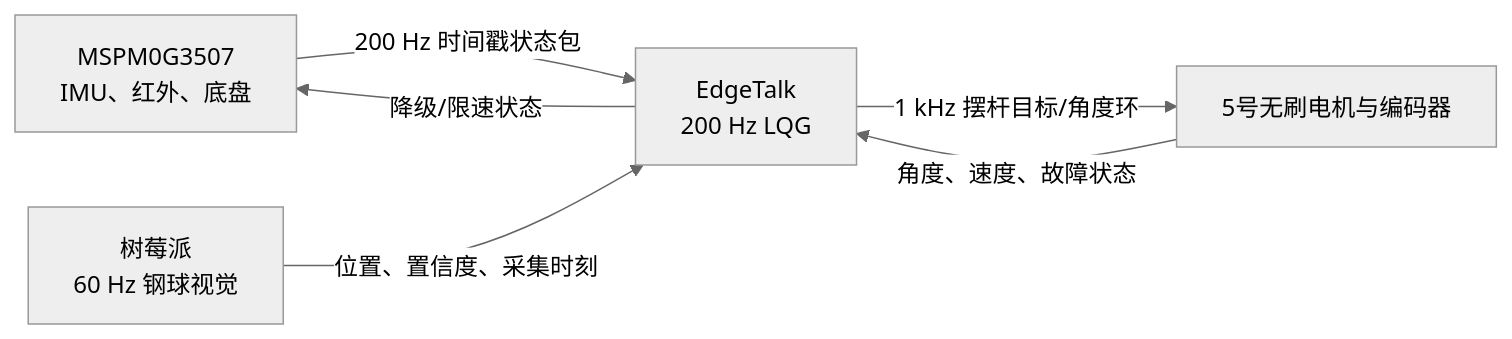
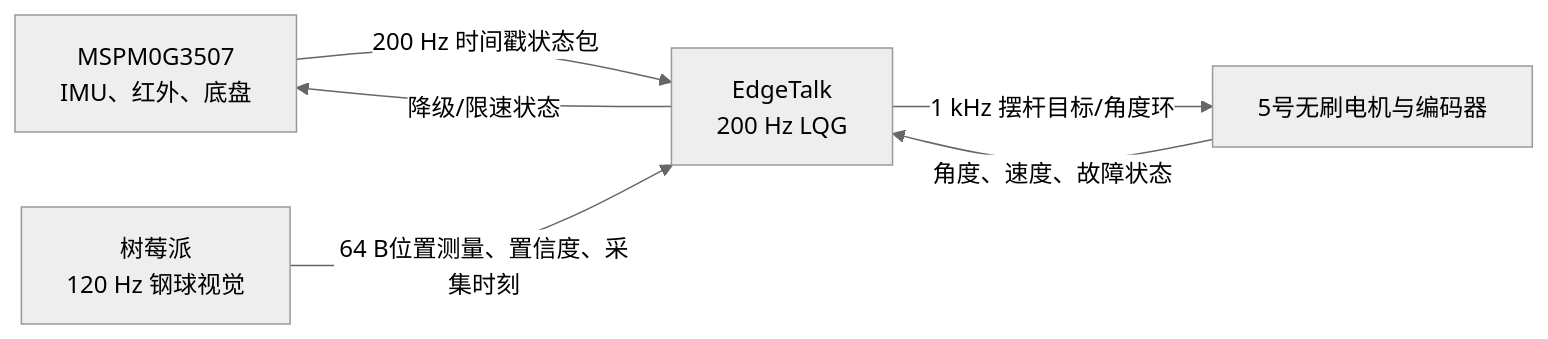
Before and after one commit to HalloYang06/2026_TI: the diagram in README.md, drawn with Mermaid (neutral theme). The commit also changed other lines of this file and 5 other files, not shown here.

````diff
--- a/README.md
+++ b/README.md
@@ -17,8 +17,8 @@
 ```mermaid
 flowchart LR
     M["MSPM0G3507<br/>IMU、红外、底盘"] -->|"200 Hz 时间戳状态包"| E["EdgeTalk<br/>200 Hz LQG"]
-    P["树莓派<br/>60 Hz 钢球视觉"] -->|"位置、置信度、采集时刻"| E
+    P["树莓派<br/>120 Hz 钢球视觉"] -->|"64 B位置测量、置信度、采集时刻"| E
     E -->|"1 kHz 摆杆目标/角度环"| B["5号无刷电机与编码器"]
     B -->|"角度、速度、故障状态"| E
     E -->|"降级/限速状态"| M
 ```
````
